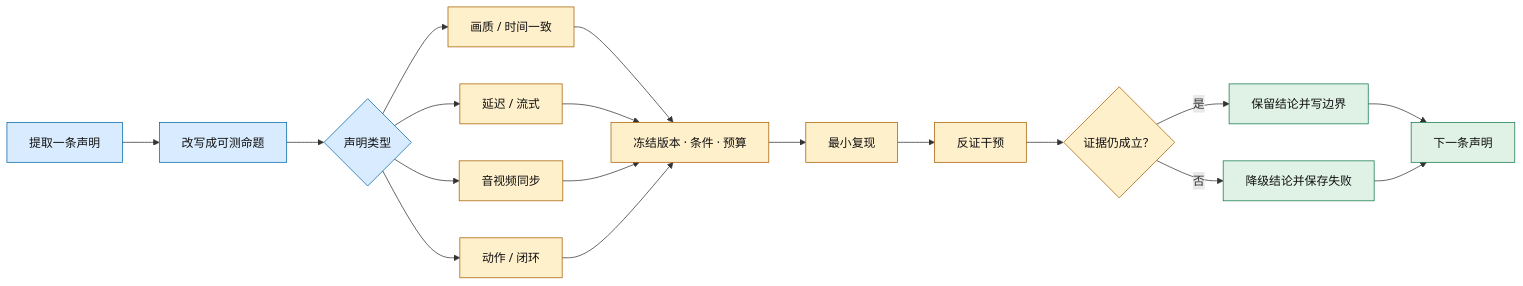
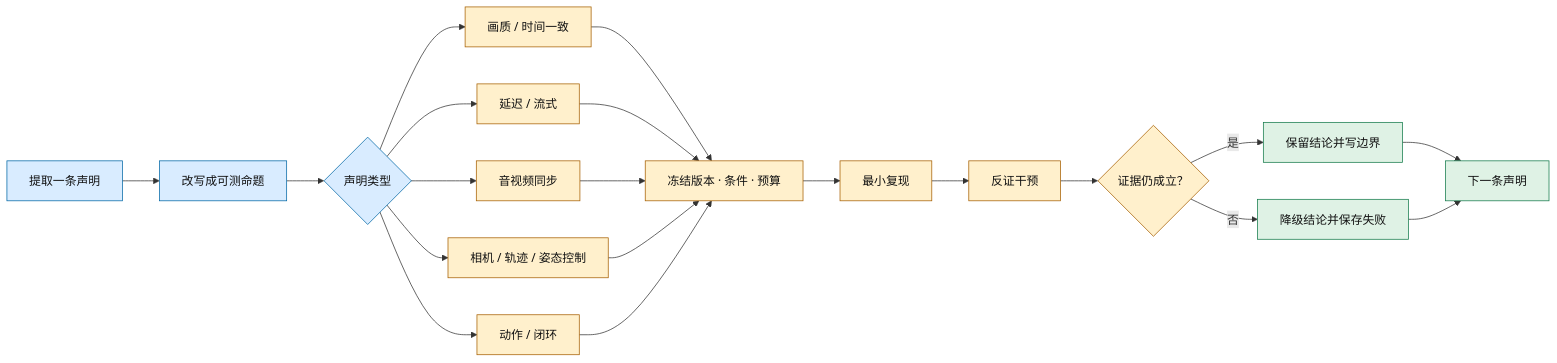
One commit to GVCLab/Video-Generation-101 changed the second of 2 diagrams in docs/reading-list.md. Above: the diagram before and after it, drawn with Mermaid. The commit also changed other lines of this file and 18 other files, not shown here.

````diff
--- a/docs/reading-list.md
+++ b/docs/reading-list.md
@@ -280,30 +327,32 @@
 ```mermaid
 flowchart LR
     accTitle: 从论文声明到保留或降级结论的验证回路
-    accDescr: 先把论文声明改写成可测量命题，再按声明类型选择质量、延迟、音视频同步或闭环控制协议。固定版本、条件和预算后运行最小复现，再加入最可能推翻结论的干预。证据通过则保留带边界的结论，否则降级并记录失败。
+    accDescr: 先把论文声明改写成可测量命题，再按声明类型选择质量、延迟、音视频同步、显式视觉控制或闭环控制协议。固定版本、条件和预算后运行最小复现，再加入最可能推翻结论的干预。证据通过则保留带边界的结论，否则降级并记录失败。
 
     C["提取一条声明"] --> M["改写成可测命题"]
     M --> T{"声明类型"}
     T --> Q["画质 / 时间一致"]
     T --> L["延迟 / 流式"]
     T --> A["音视频同步"]
+    T --> V["相机 / 轨迹 / 姿态控制"]
     T --> W["动作 / 闭环"]
     Q --> F["冻结版本 · 条件 · 预算"]
     L --> F
     A --> F
+    V --> F
     W --> F
     F --> R["最小复现"]
     R --> X["反证干预"]
     X --> J{"证据仍成立？"}
     J -->|"是"| K["保留结论并写边界"]
     J -->|"否"| G["降级结论并保存失败"]
     K --> N["下一条声明"]
     G --> N
 
     classDef claim fill:#d9ecff,stroke:#0067a5,color:#111
     classDef test fill:#fff0cc,stroke:#a65f00,color:#111
     classDef outcome fill:#dff2e5,stroke:#147a4b,color:#111
     class C,M,T claim
-    class Q,L,A,W,F,R,X,J test
+    class Q,L,A,V,W,F,R,X,J test
     class K,G,N outcome
 ```
````
